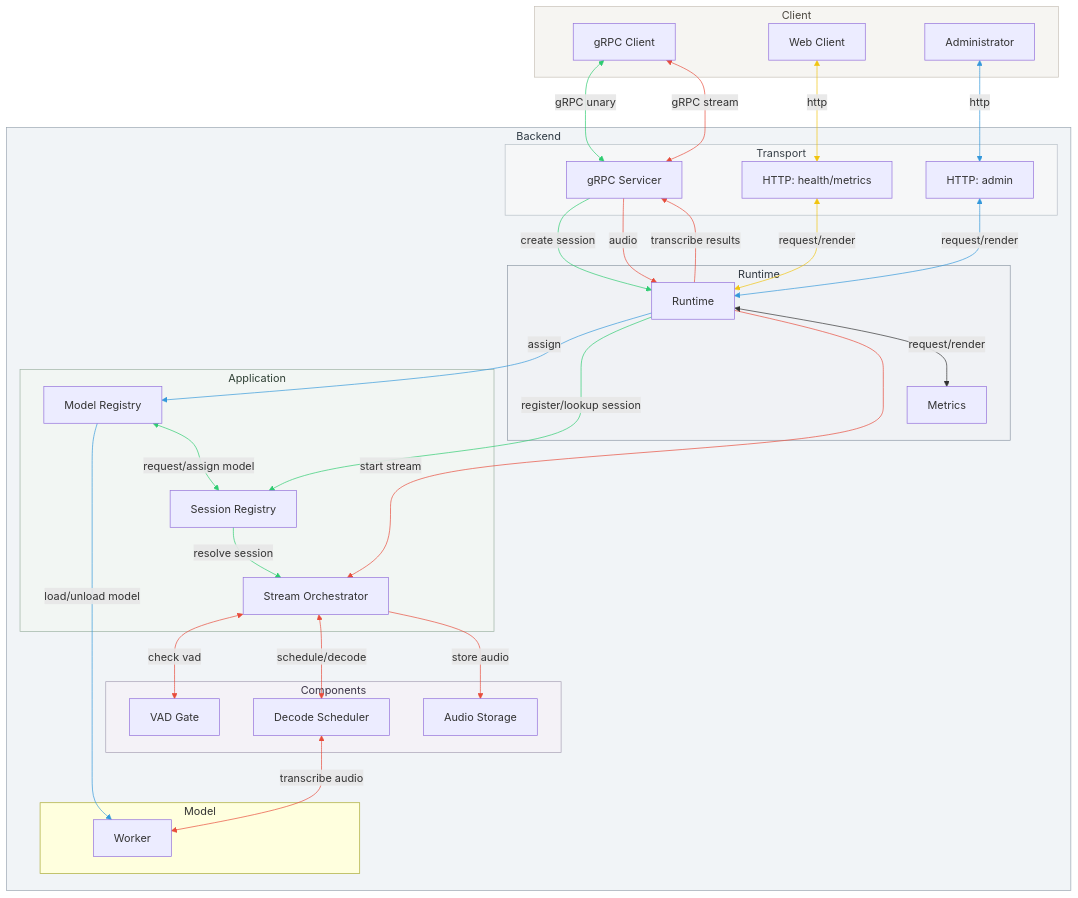
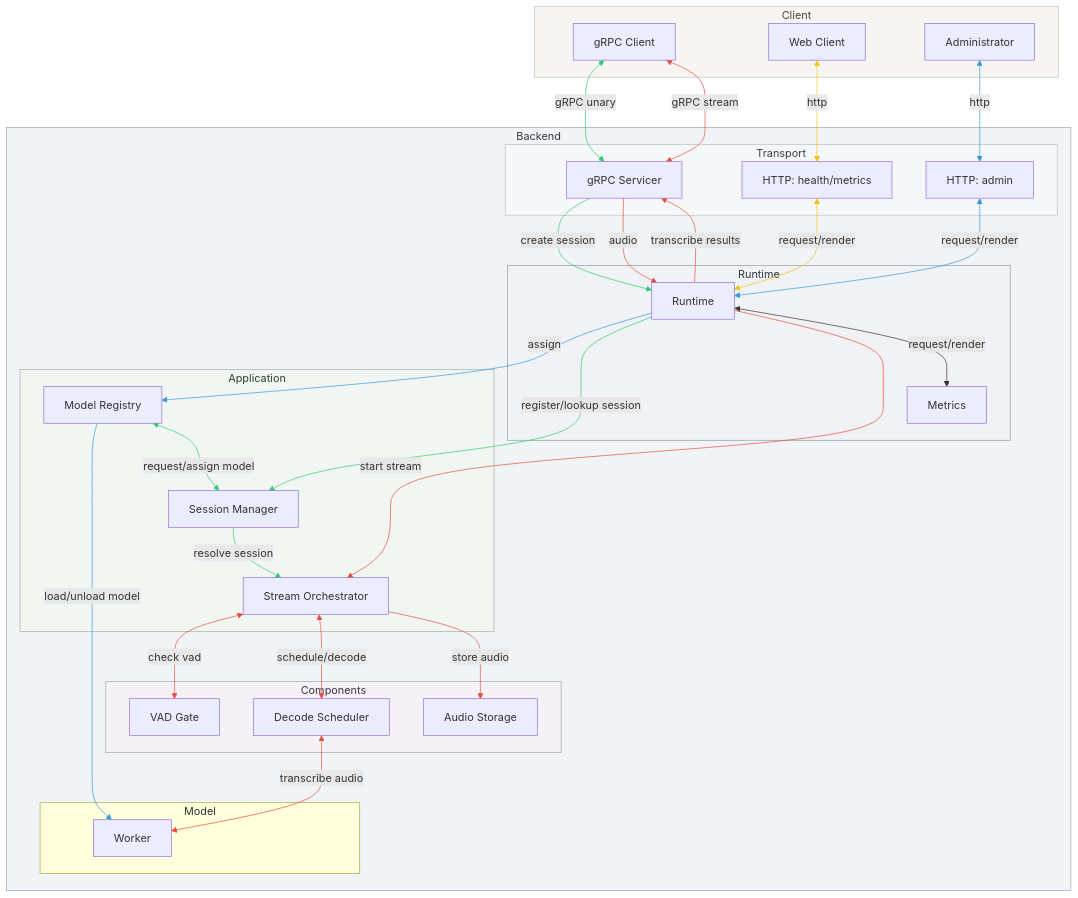
One commit to brightleeh/whisper-streaming-stt-server changed the diagram in README.md. Above: the diagram before and after it, drawn with Mermaid. The commit also changed other lines of this file and 5 other files, not shown here.

Commit message:
refactor: rename session_registry module to session_manager

````diff
--- a/README.md
+++ b/README.md
@@ -11,74 +11,74 @@
 ```mermaid
 flowchart TD
   subgraph Client[Client]
     GrpcClient[gRPC Client]
     WebClient[Web Client]
     Administrator[Administrator]
   end
 
   subgraph Backend[Backend]
     subgraph Transport[Transport]
       Servicer[gRPC Servicer]
       HttpClient[HTTP: health/metrics]
       HttpAdmin[HTTP: admin]
     end
 
 		subgraph RuntimeWrap[Runtime]
 	    Runtime[Runtime]
       Metrics[Metrics]
 	  end
 
     subgraph Application[Application]
-      SessionRegistry[Session Registry]
+      SessionManager[Session Manager]
       ModelRegistry[Model Registry]
       Orchestrator[Stream Orchestrator]
     end
 
     subgraph Components[Components]
       VAD[VAD Gate]
       Decode[Decode Scheduler]
       Store[Audio Storage]
     end
 
     subgraph Model[Model]
 	    Worker[Worker]
 	  end
   end
 
 Administrator <-->|http| HttpAdmin
 HttpAdmin <-->|request/render| Runtime
 Runtime -->|assign| ModelRegistry
 ModelRegistry -->|load/unload model| Worker
 
 WebClient <-->|http| HttpClient
 HttpClient <-->|request/render| Runtime
 
 GrpcClient <-->|gRPC unary| Servicer
 Servicer -->|create session| Runtime
-Runtime -->|register/lookup session| SessionRegistry
-SessionRegistry -->|resolve session| Orchestrator
-ModelRegistry <-->|request/assign model| SessionRegistry
+Runtime -->|register/lookup session| SessionManager
+SessionManager -->|resolve session| Orchestrator
+ModelRegistry <-->|request/assign model| SessionManager
 
 GrpcClient <-->|gRPC stream| Servicer
 Servicer -->|audio| Runtime
 Runtime -->|transcribe results| Servicer
 Runtime -->|start stream| Orchestrator
 Orchestrator <-->|check vad| VAD
 Orchestrator <-->|schedule/decode| Decode
 Orchestrator -->|store audio| Store
 Decode <-->|transcribe audio| Worker
 
 Runtime <-->|request/render| Metrics
 
 style Client fill:#f6f5f2,stroke:#c8c1b8,stroke-width:1px,color:#4b473f
 style Backend fill:#f1f4f7,stroke:#9aa6b2,stroke-width:1px,color:#2f3a44
 style Application fill:#f2f6f3,stroke:#9db2a3,stroke-width:1px,color:#2f3f34
 style Components fill:#f4f2f7,stroke:#a7a0b5,stroke-width:1px,color:#3b3446
 style Transport fill:#f6f7f8,stroke:#b8c0c8,stroke-width:1px,color:#3a424a
 style RuntimeWrap fill:#f0f2f5,stroke:#8f9aa6,stroke-width:1px,color:#2f3740
 
 linkStyle 0,1,2,3 stroke:#3498db,stroke-width:1px;
 linkStyle 4,5 stroke:#f1c40f,stroke-width:1px;
 linkStyle 6,7,8,9,10 stroke:#2ecc71,stroke-width:1px;
 linkStyle 11,12,13,14,15,16,17,18 stroke:#e74c3c,stroke-width:1px;
 ```
````
